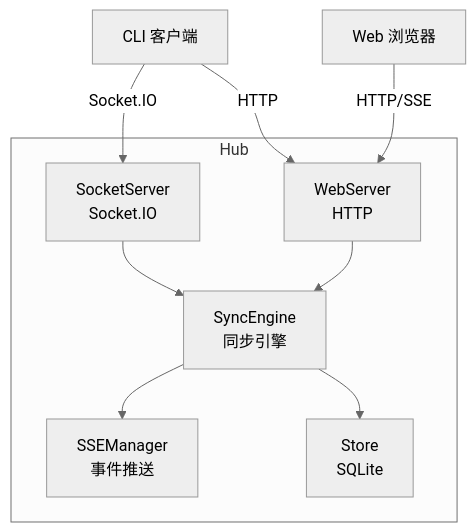
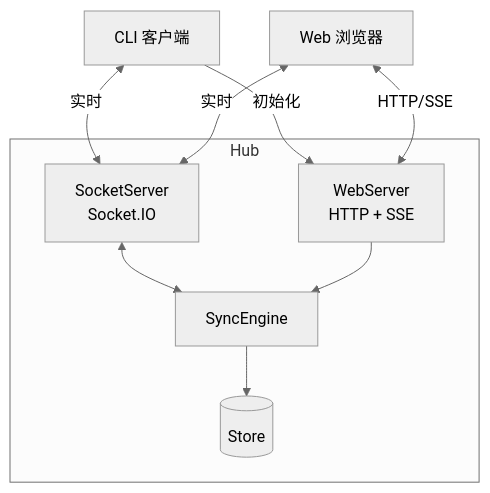
The first of 2 diagrams in docs/architecture/hub/README.md (ModuBit/mobi), drawn with Mermaid (neutral theme) before and after one commit. The commit also changed other lines of this file and 16 other files, not shown here.

````diff
--- a/docs/architecture/hub/README.md
+++ b/docs/architecture/hub/README.md
@@ -7,22 +7,21 @@
 ```mermaid
 graph TB
     CLI[CLI 客户端]
     Web[Web 浏览器]
 
     subgraph Hub
-        SocketServer[SocketServer<br/>Socket.IO]
-        WebServer[WebServer<br/>HTTP]
-        SyncEngine[SyncEngine<br/>同步引擎]
-        SSEManager[SSEManager<br/>事件推送]
-        Store[Store<br/>SQLite]
+        IO[SocketServer<br/>Socket.IO]
+        WS[WebServer<br/>HTTP + SSE]
+        SE[SyncEngine]
+        Store[(Store)]
     end
 
-    CLI -->|Socket.IO| SocketServer
-    CLI -->|HTTP| WebServer
-    Web -->|HTTP/SSE| WebServer
+    CLI <-->|实时| IO
+    CLI -->|初始化| WS
+    Web <-->|实时| IO
+    Web <-->|HTTP/SSE| WS
 
-    SocketServer --> SyncEngine
-    WebServer --> SyncEngine
-    SyncEngine --> SSEManager
-    SyncEngine --> Store
+    IO <--> SE
+    WS --> SE
+    SE --> Store
 ```
````
